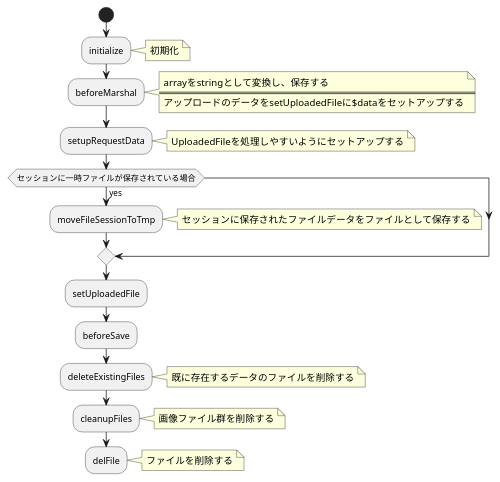
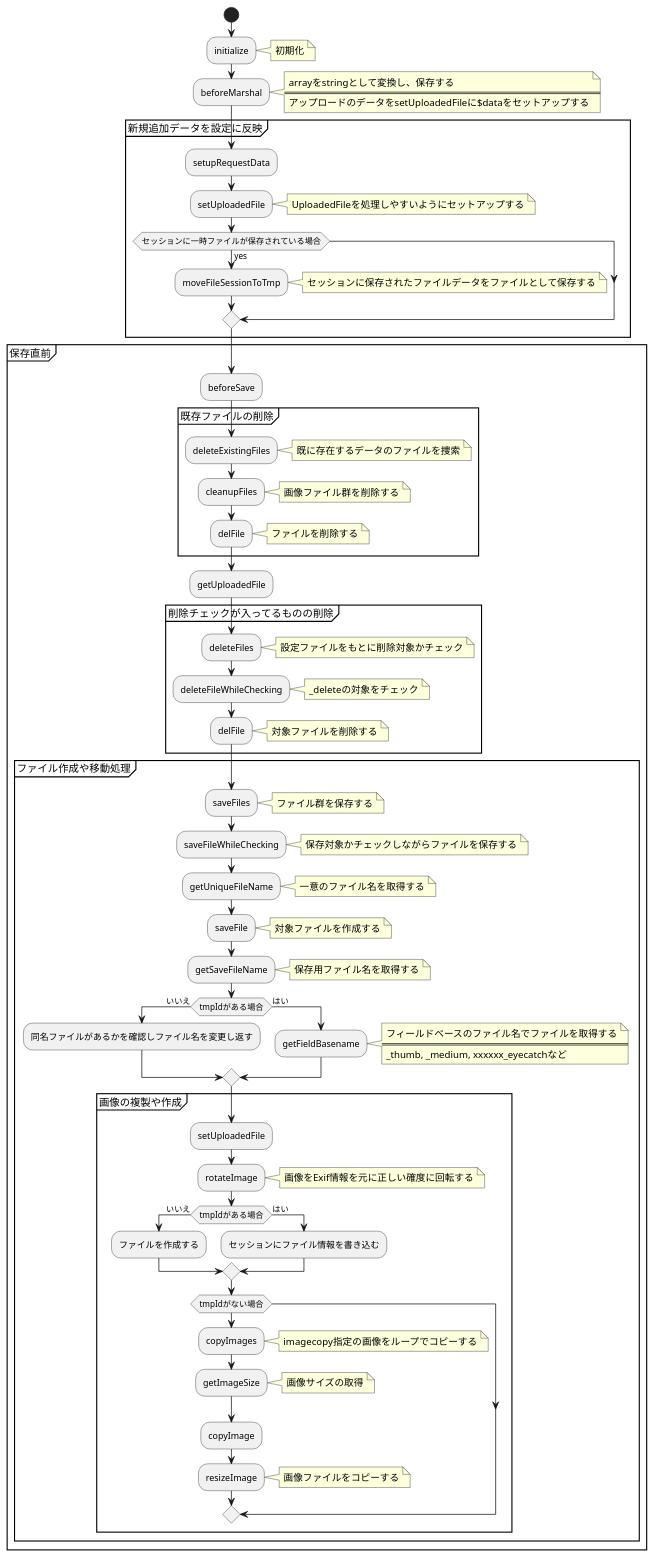
Before and after one commit to baserproject/baserproject.github.io: the diagram in src/puml/5/ucmitz/activity/contents/bcupload/normal_upload.puml, drawn with PlantUML.

Commit message:
保存直前処理まで追加

```diff
--- a/src/puml/5/ucmitz/activity/contents/bcupload/normal_upload.puml
+++ b/src/puml/5/ucmitz/activity/contents/bcupload/normal_upload.puml
@@ -1,38 +1,118 @@
 @startuml
 
 start
 :initialize;
 note right
     初期化
 end note
 :beforeMarshal;
 note right
     arrayをstringとして変換し、保存する
     ====
     アップロードのデータをsetUploadedFileに$dataをセットアップする
 end note
+group 新規追加データを設定に反映
 :setupRequestData;
+:setUploadedFile;
 note right
     UploadedFileを処理しやすいようにセットアップする
 end note
 if (セッションに一時ファイルが保存されている場合) then (yes)
     :moveFileSessionToTmp;
     note right
     セッションに保存されたファイルデータをファイルとして保存する
     end note
 endif
-:setUploadedFile;
+end group
+group 保存直前
 :beforeSave;
+group 既存ファイルの削除
 :deleteExistingFiles;
 note right
-    既に存在するデータのファイルを削除する
+    既に存在するデータのファイルを捜索
 end note
 :cleanupFiles;
 note right
     画像ファイル群を削除する
 end note
 :delFile;
 note right
     ファイルを削除する
 end note
+end group
+:getUploadedFile;
+group 削除チェックが入ってるものの削除
+:deleteFiles;
+note right
+    設定ファイルをもとに削除対象かチェック
+end note
+:deleteFileWhileChecking;
+note right
+    _deleteの対象をチェック
+end note
+:delFile;
+note right
+    対象ファイルを削除する
+end note
+end group
+group ファイル作成や移動処理
+:saveFiles;
+note right
+    ファイル群を保存する
+end note
+:saveFileWhileChecking;
+note right
+    保存対象かチェックしながらファイルを保存する
+end note
+:getUniqueFileName;
+note right
+    一意のファイル名を取得する
+end note
+:saveFile;
+note right
+    対象ファイルを作成する
+end note
+:getSaveFileName;
+note right
+    保存用ファイル名を取得する
+end note
+if (tmpIdがある場合) then (いいえ)
+    :同名ファイルがあるかを確認しファイル名を変更し返す;
+else (はい)
+    :getFieldBasename;
+    note right
+        フィールドベースのファイル名でファイルを取得する
+        ====
+        _thumb, _medium, xxxxxx_eyecatchなど
+    end note
+endif
+group 画像の複製や作成
+:setUploadedFile;
+:rotateImage;
+note right
+    画像をExif情報を元に正しい確度に回転する
+end note
+if (tmpIdがある場合) then (いいえ)
+    :ファイルを作成する;
+else (はい)
+    :セッションにファイル情報を書き込む;
+endif
+if (tmpIdがない場合)
+    :copyImages;
+    note right
+        imagecopy指定の画像をループでコピーする
+    end note
+    :getImageSize;
+    note right
+        画像サイズの取得
+    end note
+    :copyImage;
+    :resizeImage;
+    note right
+        画像ファイルをコピーする
+    end note
+endif
+end group
+end group
+end group
 @enduml
```
